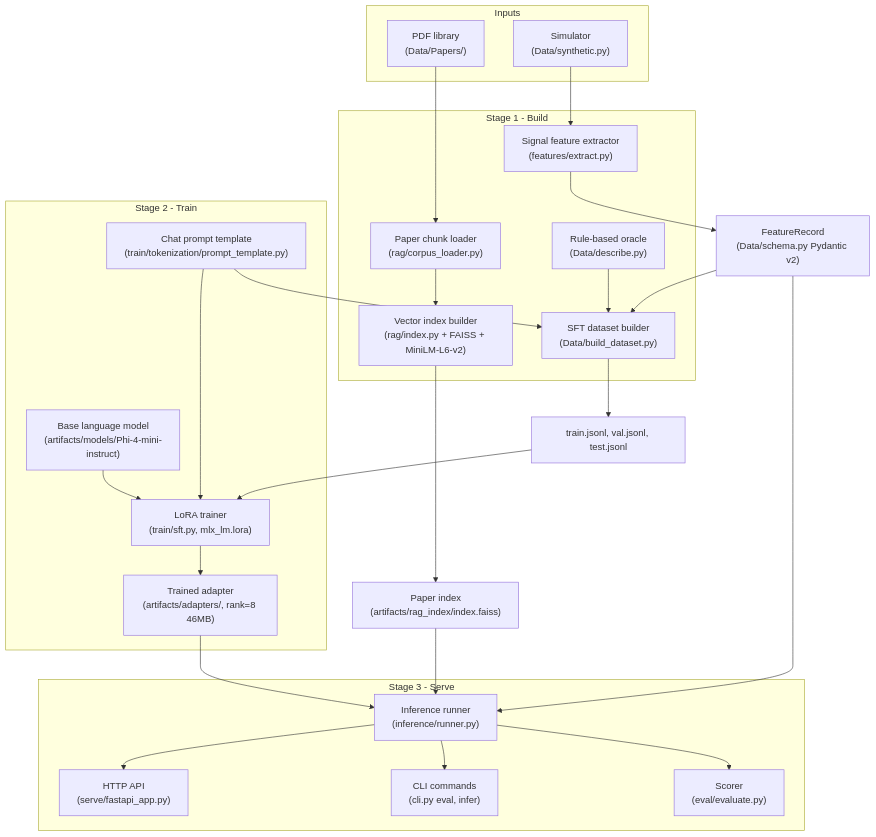
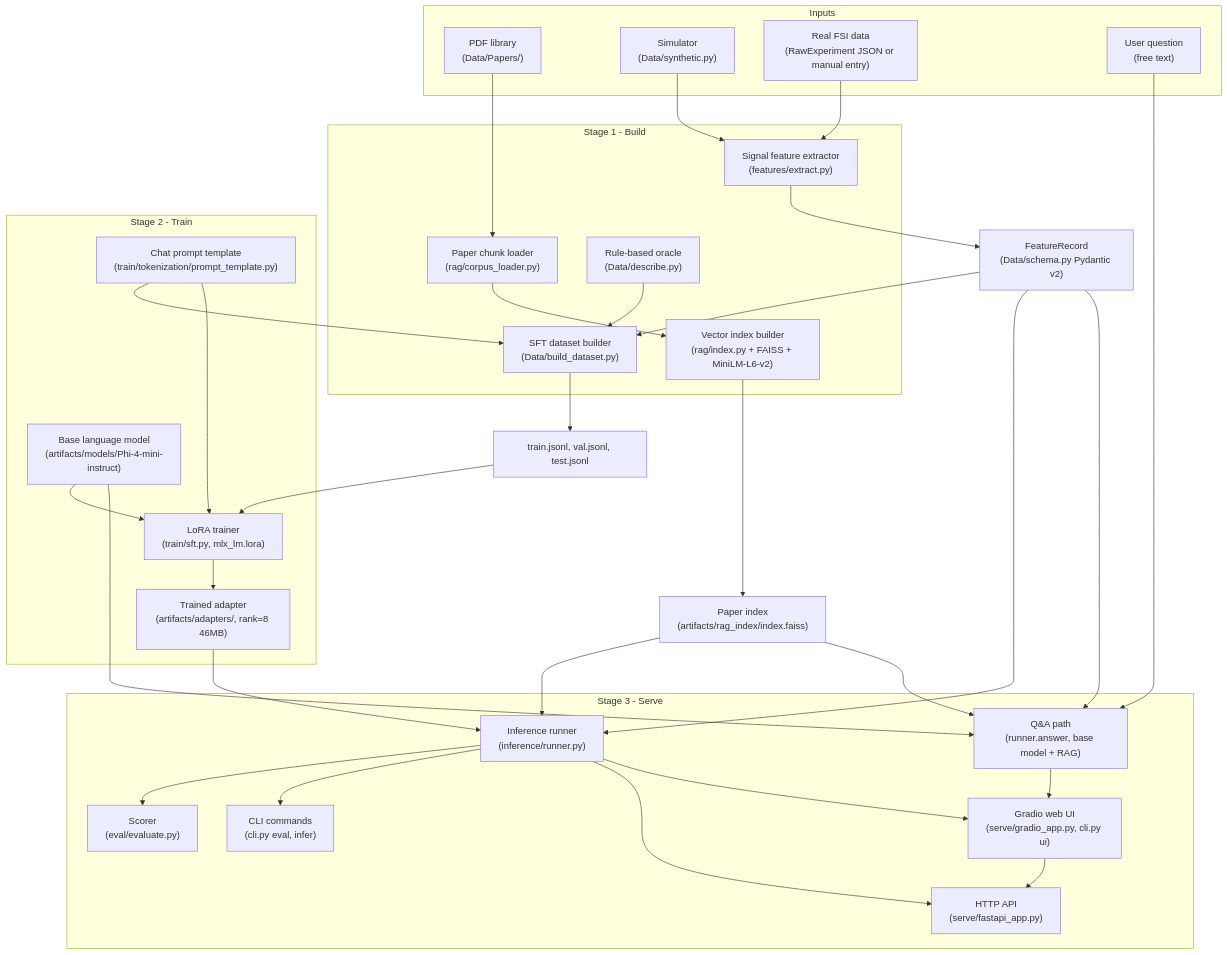
One commit to AngadKumar16/FSI-SLM changed the first of 5 diagrams in docs/workflow.md. Above: the diagram before and after it, drawn with Mermaid. The commit also changed other lines of this file and 7 other files, not shown here.

````diff
--- a/docs/workflow.md
+++ b/docs/workflow.md
@@ -9,52 +9,64 @@
 ```mermaid
 flowchart TB
     subgraph sources["Inputs"]
         PDFs["PDF library<br/>(Data/Papers/)"]
         Synth["Simulator<br/>(Data/synthetic.py)"]
+        REAL["Real FSI data<br/>(RawExperiment JSON or manual entry)"]
+        QURY["User question<br/>(free text)"]
     end
 
     subgraph build["Stage 1 - Build"]
         FE["Signal feature extractor<br/>(features/extract.py)"]
         DS["SFT dataset builder<br/>(Data/build_dataset.py)"]
         BR["Paper chunk loader<br/>(rag/corpus_loader.py)"]
         BI["Vector index builder<br/>(rag/index.py + FAISS + MiniLM-L6-v2)"]
         FD["Rule-based oracle<br/>(Data/describe.py)"]
     end
 
     subgraph train["Stage 2 - Train"]
         PT["Chat prompt template<br/>(train/tokenization/prompt_template.py)"]
         SFT["LoRA trainer<br/>(train/sft.py, mlx_lm.lora)"]
         BASE["Base language model<br/>(artifacts/models/Phi-4-mini-instruct)"]
         ADAPT["Trained adapter<br/>(artifacts/adapters/, rank=8 46MB)"]
     end
 
     subgraph serve["Stage 3 - Serve"]
         INF["Inference runner<br/>(inference/runner.py)"]
+        QA["Q&A path<br/>(runner.answer, base model + RAG)"]
         EVAL["Scorer<br/>(eval/evaluate.py)"]
         CLI["CLI commands<br/>(cli.py eval, infer)"]
         API["HTTP API<br/>(serve/fastapi_app.py)"]
+        UI["Gradio web UI<br/>(serve/gradio_app.py, cli.py ui)"]
     end
 
     Synth --> FE
+    REAL --> FE
     FE --> FR["FeatureRecord<br/>(Data/schema.py Pydantic v2)"]
     FR --> DS
     FD --> DS
     PT --> DS
     DS --> JSONL["train.jsonl, val.jsonl, test.jsonl"]
 
     PDFs --> BR
     BR --> BI
     BI --> IDX["Paper index<br/>(artifacts/rag_index/index.faiss)"]
 
     BASE --> SFT
     JSONL --> SFT
     SFT --> ADAPT
     PT --> SFT
 
     ADAPT --> INF
     IDX --> INF
+    IDX --> QA
     FR --> INF
+    FR --> QA
+    BASE --> QA
+    QURY --> QA
     INF --> EVAL
     INF --> CLI
     INF --> API
+    INF --> UI
+    QA --> UI
+    UI --> API
 ```
````
